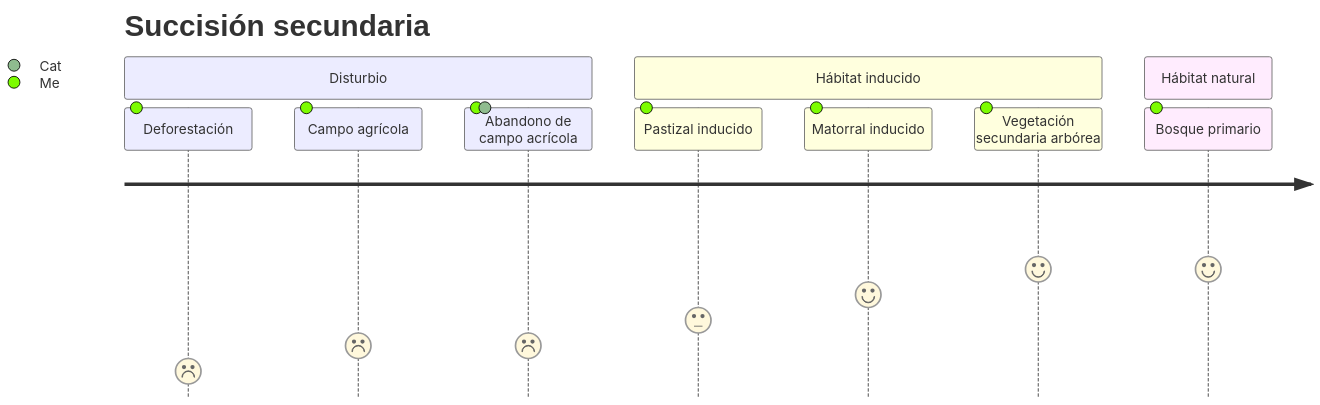
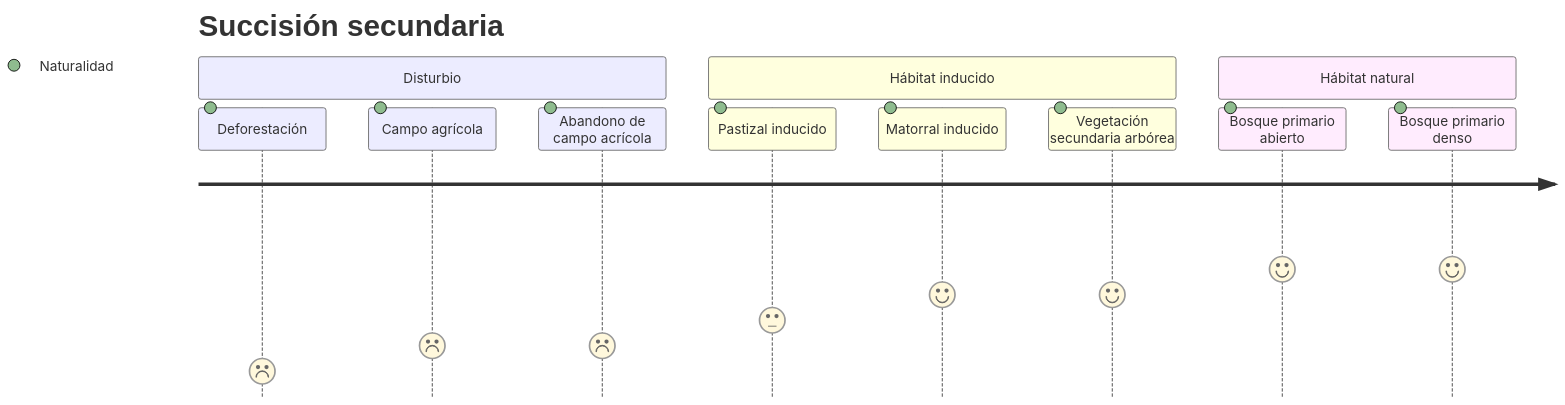
Before and after one commit to vshalisko/mixed_GIS_related_scripts: the diagram in LULC/Tapalpa_succesion.mermaid, drawn with Mermaid.

```diff
--- a/LULC/Tapalpa_succesion.mermaid
+++ b/LULC/Tapalpa_succesion.mermaid
@@ -1,12 +1,13 @@
 journey
     title Succisión secundaria
     section Disturbio
-      Deforestación: 1: Me
-      Campo agrícola: 2: Me
-      Abandono de campo acrícola: 2: Me, Cat
+      Deforestación: 1: Naturalidad
+      Campo agrícola: 2: Naturalidad
+      Abandono de campo acrícola: 2: Naturalidad
     section Hábitat inducido
-      Pastizal inducido: 3: Me
-      Matorral inducido: 4: Me
-      Vegetación secundaria arbórea: 5: Me
+      Pastizal inducido: 3: Naturalidad
+      Matorral inducido: 4: Naturalidad
+      Vegetación secundaria arbórea: 4: Naturalidad
     section Hábitat natural
-      Bosque primario: 5: Me
+      Bosque primario abierto: 5: Naturalidad
+      Bosque primario denso: 5: Naturalidad
```
